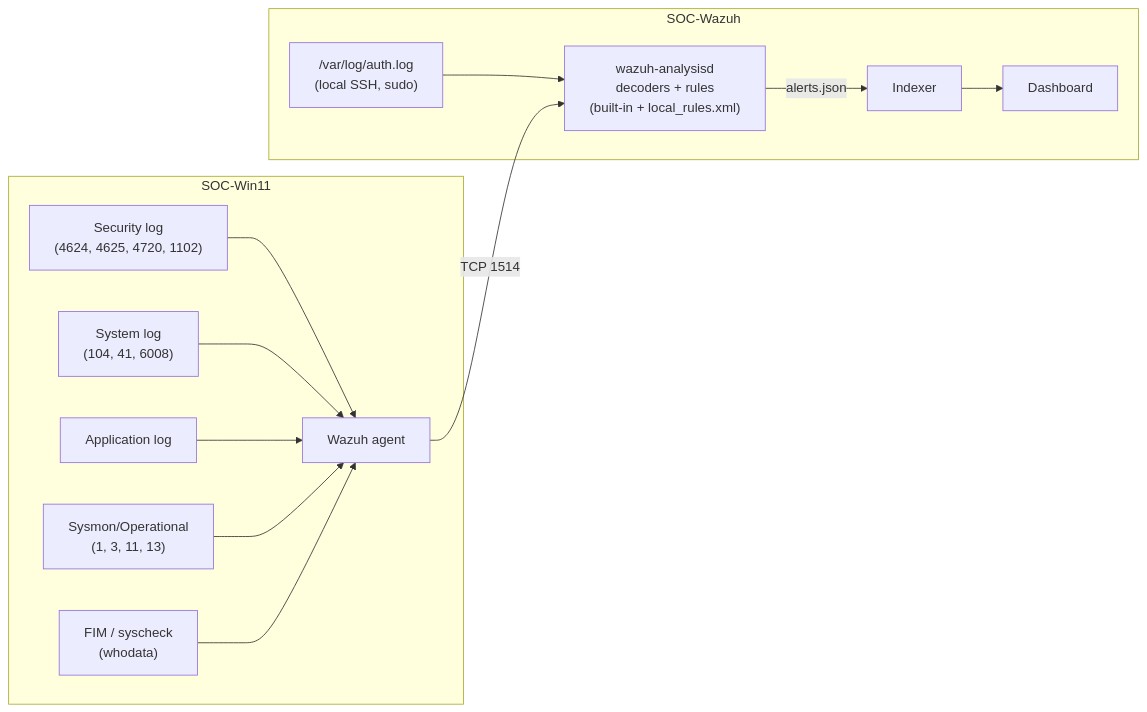
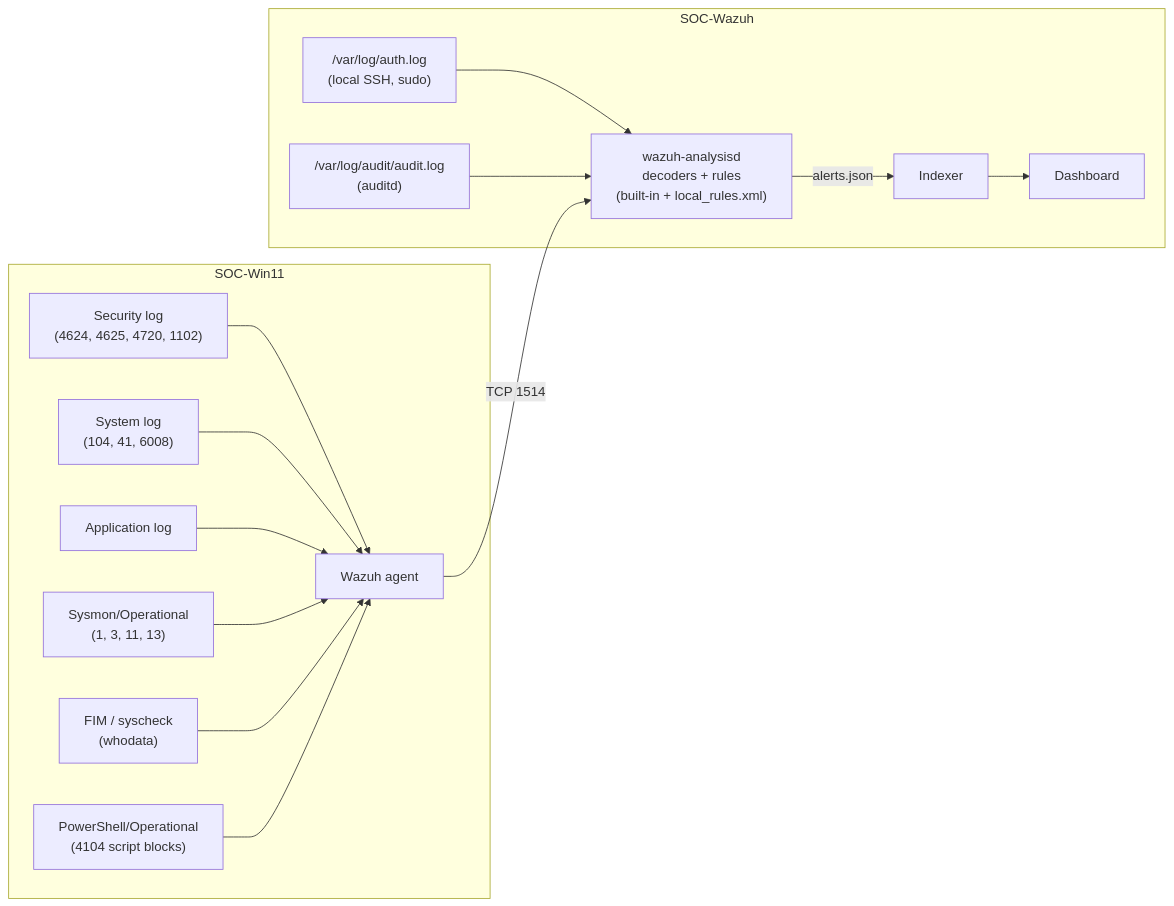
One commit to Abdullah0415/SOC-Home-Lab changed the second of 2 diagrams in docs/01-architecture.md. Above: the diagram before and after it, drawn with Mermaid. The commit also changed other lines of this file and 41 other files, not shown here.

Commit message:
Exercise 16: PowerShell attacks - Script Block Logging, encoded commands (rules 101300-101330)

````diff
--- a/docs/01-architecture.md
+++ b/docs/01-architecture.md
@@ -36,25 +36,29 @@
 ```mermaid
 flowchart LR
     subgraph EP["SOC-Win11"]
         SEC["Security log<br/>(4624, 4625, 4720, 1102)"]
         SYS["System log<br/>(104, 41, 6008)"]
         APP["Application log"]
         SMON["Sysmon/Operational<br/>(1, 3, 11, 13)"]
         FIM["FIM / syscheck<br/>(whodata)"]
+        PSL["PowerShell/Operational<br/>(4104 script blocks)"]
         AG["Wazuh agent"]
         SEC --> AG
         SYS --> AG
         APP --> AG
         SMON --> AG
         FIM --> AG
+        PSL --> AG
     end
     subgraph SIEM["SOC-Wazuh"]
         AUTH["/var/log/auth.log<br/>(local SSH, sudo)"]
+        AUD["/var/log/audit/audit.log<br/>(auditd)"]
         MGR["wazuh-analysisd<br/>decoders + rules<br/>(built-in + local_rules.xml)"]
         IDX["Indexer"]
         DASH["Dashboard"]
         AUTH --> MGR
+        AUD --> MGR
         MGR -- "alerts.json" --> IDX --> DASH
     end
     AG -- "TCP 1514" --> MGR
 ```
````
